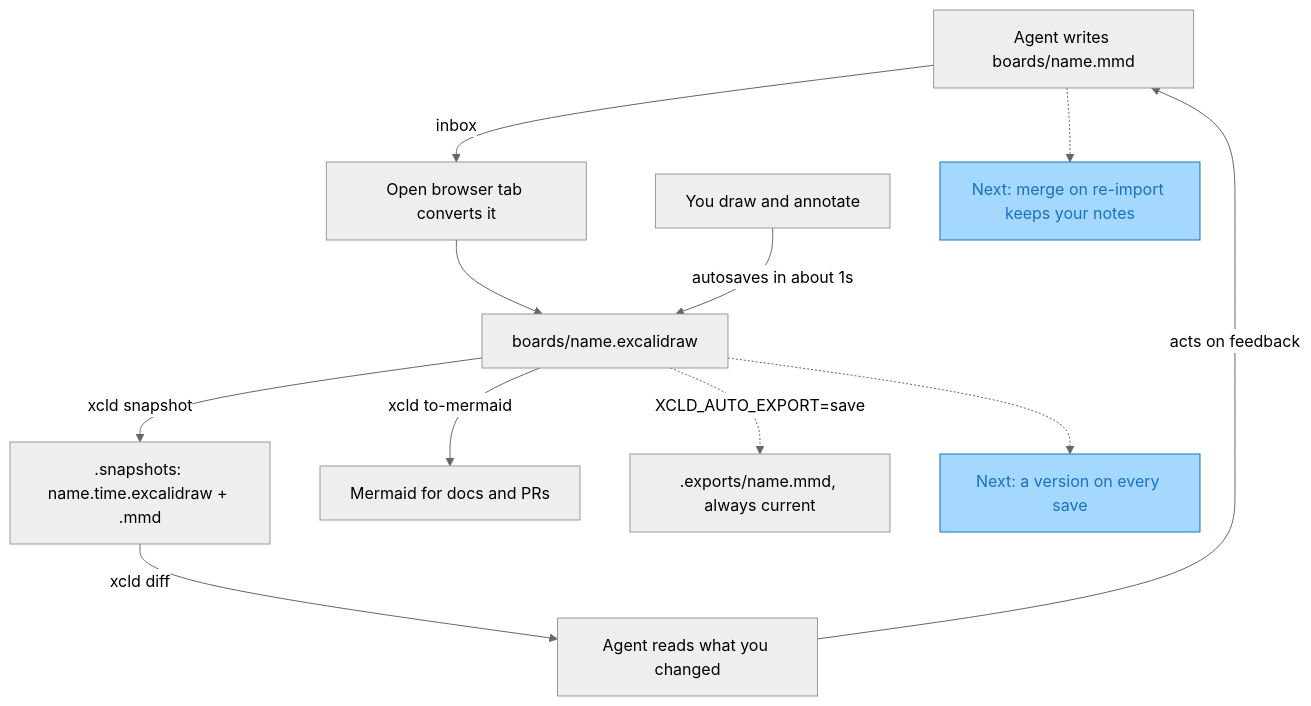
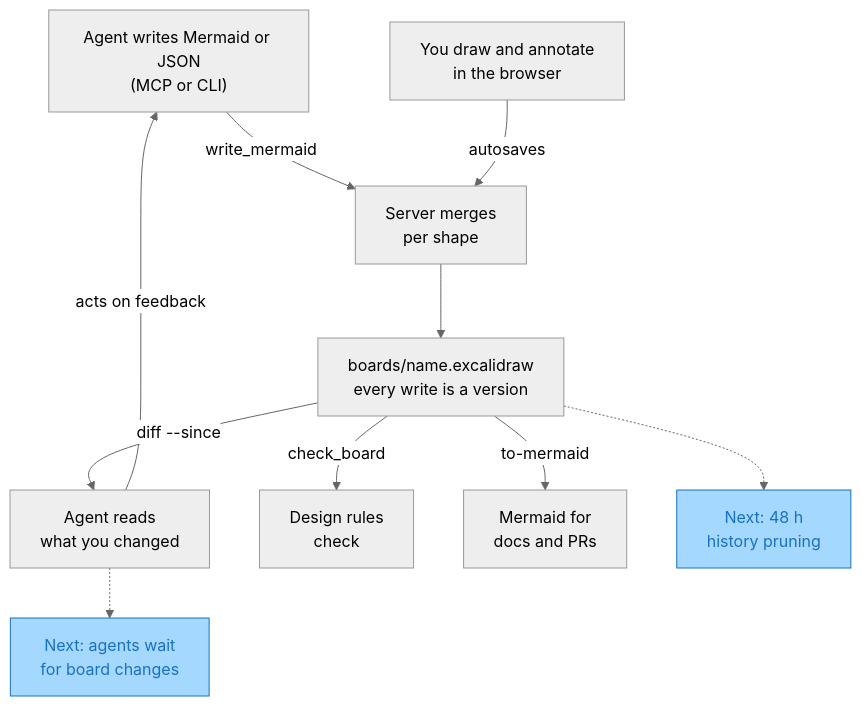
One commit to hack4impact/xcld-collab changed the diagram in boards/examples/demo.mmd. Above: the diagram before and after it, drawn with Mermaid (neutral theme). The commit also changed 5 other files, not shown here.

```diff
--- a/boards/examples/demo.mmd
+++ b/boards/examples/demo.mmd
@@ -1,15 +1,23 @@
 flowchart TD
-  Agent["Agent writes boards/name.mmd"] -->|inbox| Convert["Open browser tab converts it"]
-  Convert --> Board["boards/name.excalidraw"]
-  You["You draw and annotate"] -->|autosaves in about 1s| Board
-  Board -->|xcld snapshot| Snapshot[".snapshots: name.time.excalidraw + .mmd"]
-  Snapshot -->|xcld diff| Diff["Agent reads what you changed"]
+  Agent["Agent writes Mermaid or JSON
+(MCP or CLI)"] -->|write_mermaid| Merge["Server merges
+per shape"]
+  You["You draw and annotate
+in the browser"] -->|autosaves| Merge
+  Merge --> Board["boards/name.excalidraw
+every write is a version"]
+  Board -->|diff --since| Diff["Agent reads
+what you changed"]
   Diff -->|acts on feedback| Agent
-  Board -->|xcld to-mermaid| Docs["Mermaid for docs and PRs"]
-  Board -.->|XCLD_AUTO_EXPORT=save| Export[".exports/name.mmd, always current"]
-  Versions["Next: a version on every save"]
-  Merge["Next: merge on re-import keeps your notes"]
-  Board -.-> Versions
-  Agent -.-> Merge
+  Board -->|check_board| Rules["Design rules
+check"]
+  Board -->|to-mermaid| Docs["Mermaid for
+docs and PRs"]
+  Wait["Next: agents wait
+for board changes"]
+  Prune["Next: 48 h
+history pruning"]
+  Diff -.-> Wait
+  Board -.-> Prune
   classDef proposed fill:#a5d8ff,stroke:#1971c2,color:#1971c2
-  class Versions,Merge proposed
+  class Wait,Prune proposed
```
